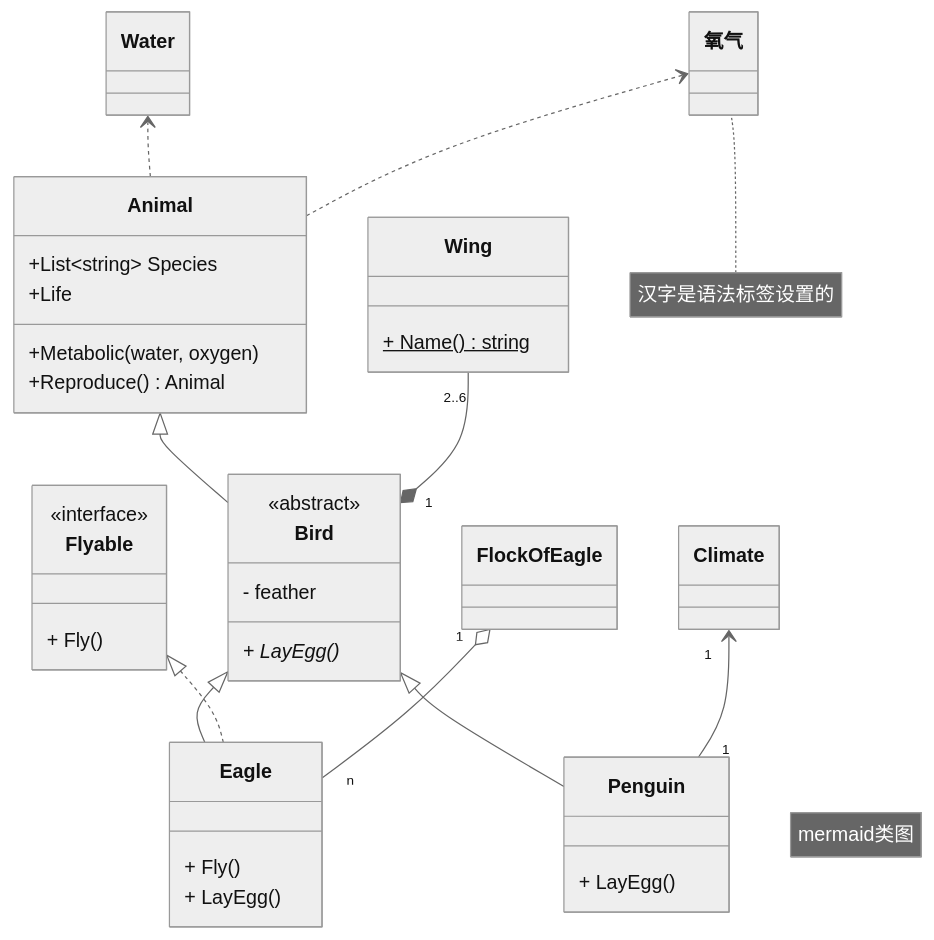
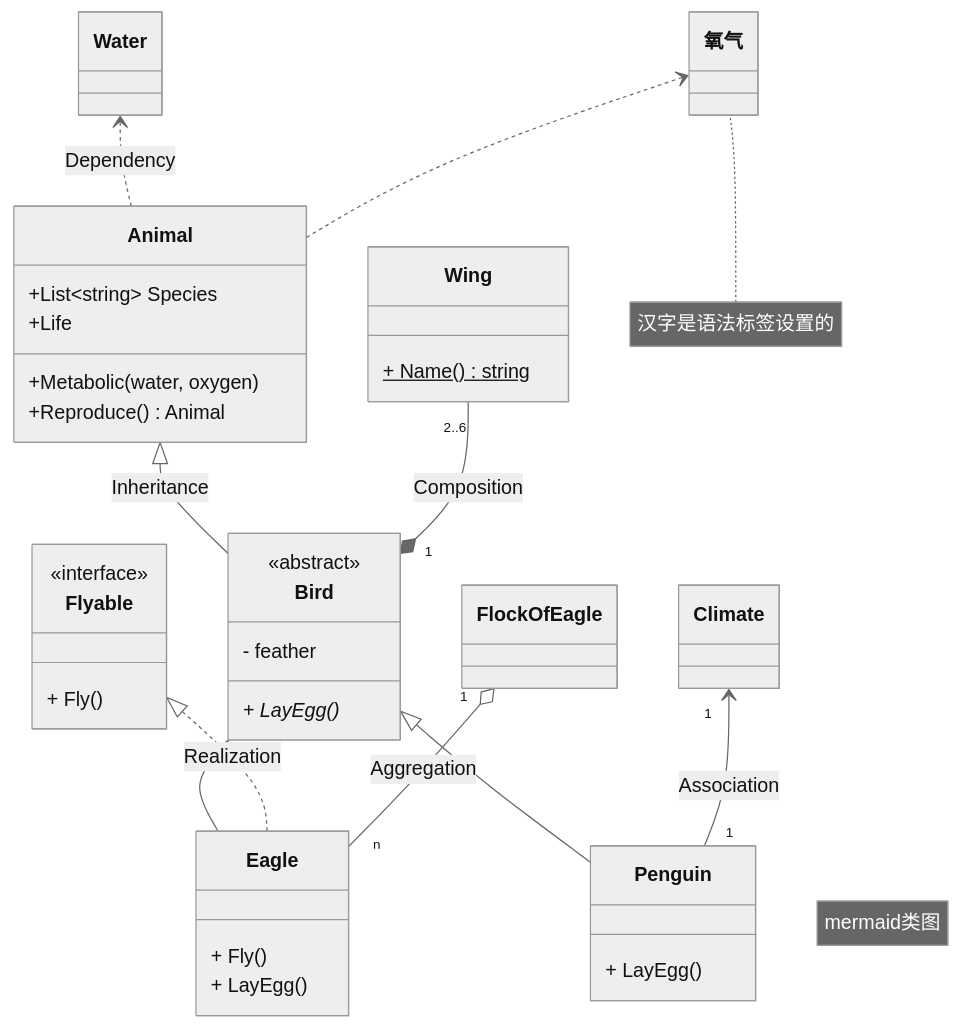
Before and after one commit to kirakuiin/note: the first of 2 diagrams in Obsidian Vault/技术文档/UML/类图.md, drawn with Mermaid (neutral theme). The commit also changed other lines of this file and 14 other files, not shown here.

````diff
--- a/Obsidian Vault/技术文档/UML/类图.md
+++ b/Obsidian Vault/技术文档/UML/类图.md
@@ -40,55 +40,55 @@
 ```mermaid
 classDiagram
 	direction BT
 	note "mermaid类图"
  
 	class Animal {
 		+List~string~ Species
 		+Life
 		+Metabolic(water, oxygen)
 		+Reproduce() Animal
 	}
 
 	note for Oxygen "汉字是语法标签设置的"
 	%% ["label"] 是标签语法
 	class Oxygen["氧气"] 
 	
 	class Water
 	
 	class Bird {
 		<<abstract>>
 		- feather
 		+ LayEgg()*
 	}
 
 	class Wing {
 		+ Name() string$
 	}
 
 	class Flyable
 	<<interface>> Flyable
 	Flyable: + Fly()
 
 	class Eagle {
 		+ Fly()
 		+ LayEgg()
 	}
 
 	class Penguin {
 		+ LayEgg()
 	}
 
 	class FlockOfEagle
 
 	class Climate
 		
-	Animal ..> Water
+	Animal ..> Water : Dependency
 	Animal ..> Oxygen
-	Bird --|> Animal
-	Bird "1" *-- "2..6" Wing
+	Bird --|> Animal : Inheritance
+	Bird "1" *-- "2..6" Wing : Composition
 	Eagle --|> Bird
-	Eagle ..|> Flyable
-	Eagle "n" --o "1" FlockOfEagle
+	Eagle ..|> Flyable : Realization
+	Eagle "n" --o "1" FlockOfEagle : Aggregation
 	Penguin --|> Bird
-	Penguin "1" --> "1" Climate
+	Penguin "1" --> "1" Climate : Association
 ```
````
